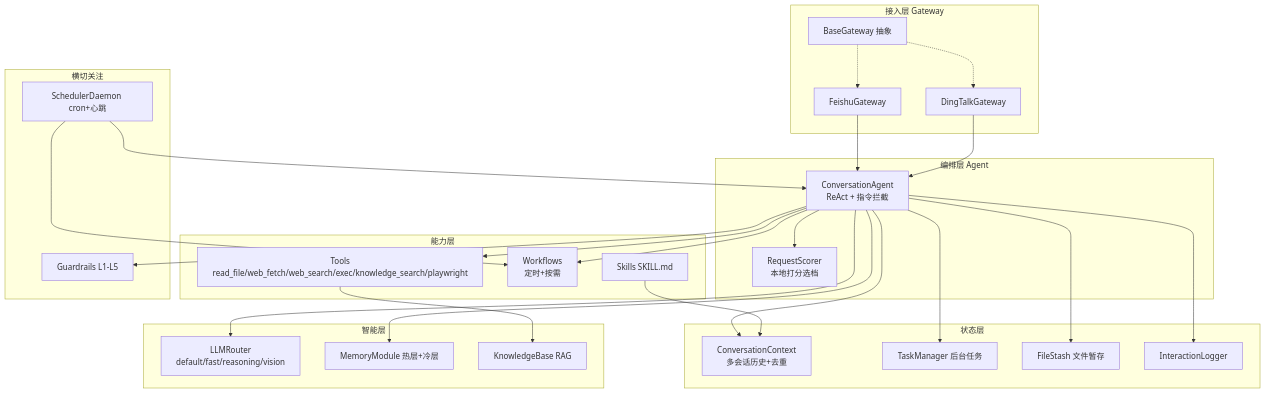
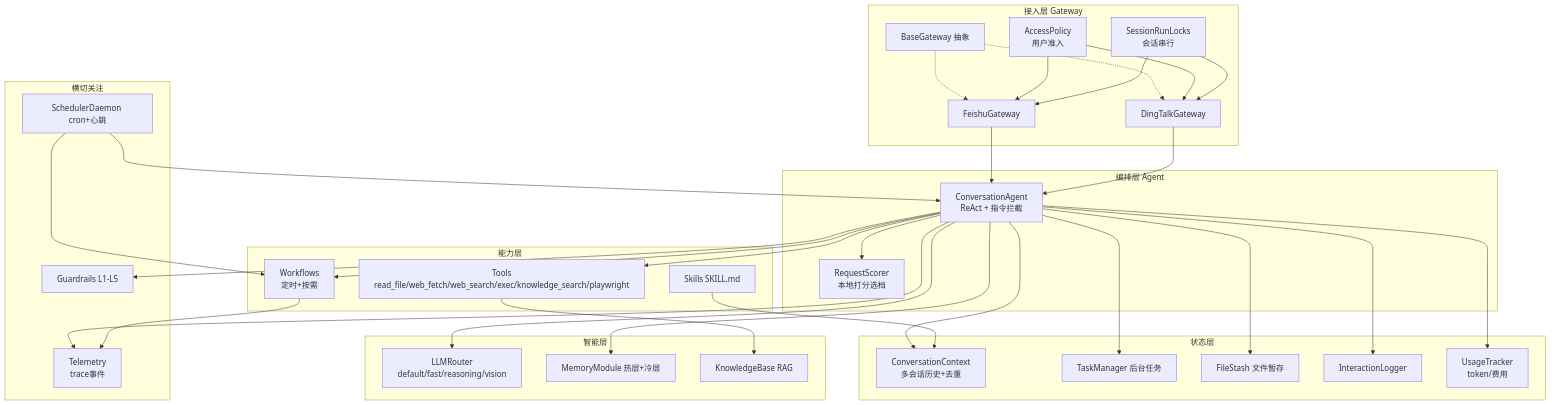
Before and after one commit to lion-no-back/personal_agent: the second of 2 diagrams in README.md, drawn with Mermaid. The commit also changed other lines of this file, not shown here.

````diff
--- a/README.md
+++ b/README.md
@@ -196,51 +214,62 @@
 ```mermaid
 graph TD
     subgraph 接入层 Gateway
         FS[FeishuGateway]
         DT[DingTalkGateway]
         BG[BaseGateway 抽象]
+        AP[AccessPolicy<br/>用户准入]
+        SL[SessionRunLocks<br/>会话串行]
     end
     subgraph 编排层 Agent
         CA[ConversationAgent<br/>ReAct + 指令拦截]
         RS[RequestScorer<br/>本地打分选档]
     end
     subgraph 状态层
         CC[ConversationContext<br/>多会话历史+去重]
         TM[TaskManager 后台任务]
         FStash[FileStash 文件暂存]
         IL[InteractionLogger]
+        UT[UsageTracker<br/>token/费用]
     end
     subgraph 能力层
         TR[Tools<br/>read_file/web_fetch/web_search/exec/knowledge_search/playwright]
         WF[Workflows<br/>定时+按需]
         SK[Skills SKILL.md]
     end
     subgraph 智能层
         LR[LLMRouter<br/>default/fast/reasoning/vision]
         MEM[MemoryModule 热层+冷层]
         KB[KnowledgeBase RAG]
     end
     subgraph 横切关注
         GR[Guardrails L1-L5]
         SCH[SchedulerDaemon cron+心跳]
+        TEL[Telemetry<br/>trace事件]
     end
 
     FS --> CA
     DT --> CA
     BG -.-> FS
     BG -.-> DT
+    AP --> FS
+    AP --> DT
+    SL --> FS
+    SL --> DT
     CA --> RS
     CA --> CC
     CA --> TM
     CA --> FStash
     CA --> IL
+    CA --> UT
     CA --> TR
     CA --> WF
     SK --> CC
     CA --> LR
     CA --> MEM
     TR --> KB
     CA --> GR
     SCH --> CA
     SCH --> WF
+    CA --> TEL
+    WF --> TEL
 ```
````
